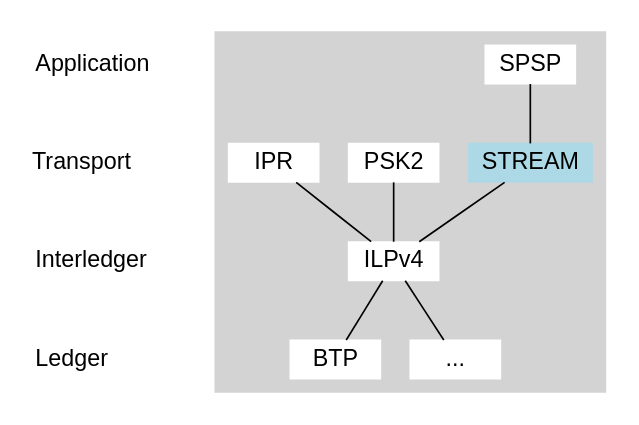
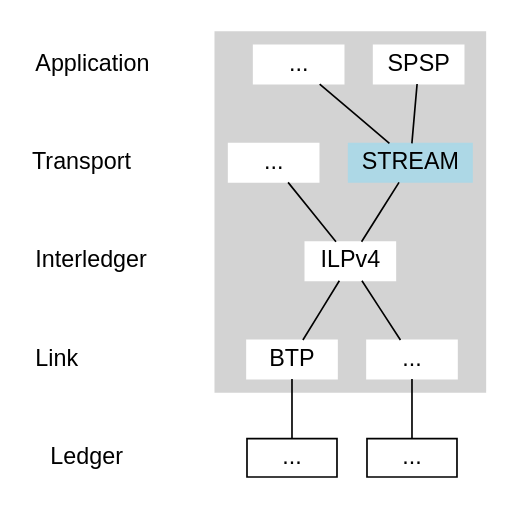
The diagram in shared/graphs/stream-in-protocol-suite.dot (interledger/rfcs), drawn with Graphviz before and after one commit. The commit also changed 8 other files, not shown here.

First line of the commit message:
0001: Update Interledger Architecture for ILPv4 (#485)

```diff
--- a/shared/graphs/stream-in-protocol-suite.dot
+++ b/shared/graphs/stream-in-protocol-suite.dot
@@ -1,34 +1,51 @@
 graph G {
   node [shape = box,height=.1,fontname = "helvetica"];
   newrank=true;
 
   app [label="Application\l" shape="plaintext" width=1.5]
   transport [label="Transport\l" shape="plaintext" width=1.5]
   interledger [label="Interledger\l" shape="plaintext" width=1.5]
+  link [label="Link\l" shape="plaintext" width=1.5]
   ledger [label="Ledger\l" shape="plaintext" width=1.5]
 
   subgraph cluster_0 {
     style=filled;
     color=lightgrey;
     node [style=filled,color=white];
+
     app1 [label=SPSP];
+    app2 [label="..."]
     tr1 [label=STREAM, color=lightblue];
-    tr2 [label=PSK2];
-    tr3 [label=IPR];
+    tr2 [label="..."];
     im1 [label="ILPv4"];
-    lli1 [label="BTP"];
-    lli2 [label="..."];
+    link1 [label="BTP"];
+    link2 [label="..."];
     app1 -- tr1;
+    app2 -- tr1;
+    tr1 -- im1;
     tr2 -- im1;
-    tr1 -- im1;
-    tr3 -- im1;
-    im1 -- lli1;
-    im1 -- lli2;
+    im1 -- link1;
+    im1 -- link2;
+
     fontname = "helvetica";
   }
 
-  { rank=same; app app1 }
-  { rank=same; transport tr1 tr2 tr3 }
+  subgraph cluster_1 {
+    style=filled;
+    color=white;
+
+    ledger1 [label="..."]
+    ledger3 [label="..."]
+
+    fontname = "helvetica";
+  }
+  link1 -- ledger1;
+  link2 -- ledger3;
+
+
+  { rank=same; app app1 app2 }
+  { rank=same; transport tr1 tr2 }
   { rank=same; interledger im1 }
-  { rank=same; ledger lli1 lli2 }
+  { rank=same; link link1 link2 }
+  { rank=same; ledger ledger1 ledger3 }
 }
```
